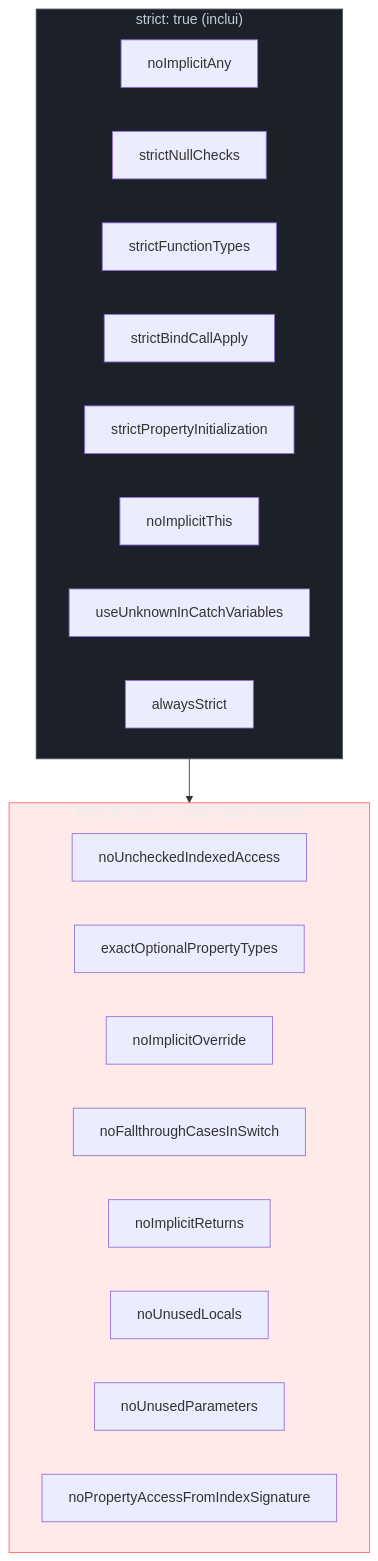
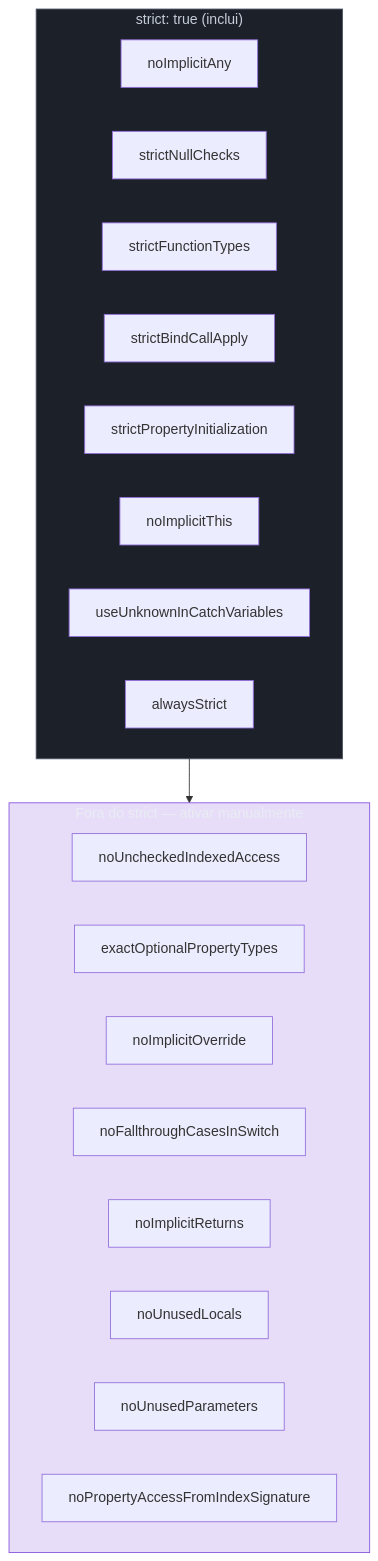
The third of 5 diagrams in 03-Dominios/Tecnologia/TypeScript/20 - tsconfig e strict mode a fundo.md (josenaldo/codex-technomanticus), drawn with Mermaid before and after one commit. The commit also changed other lines of this file and 601 other files, not shown here.

````diff
--- a/03-Dominios/Tecnologia/TypeScript/20 - tsconfig e strict mode a fundo.md
+++ b/03-Dominios/Tecnologia/TypeScript/20 - tsconfig e strict mode a fundo.md
@@ -242,31 +242,31 @@
 ```mermaid
 flowchart TD
+    classDef marca fill:#8855DF33,stroke:#8855DF,color:#E9ECF2
     classDef neutro fill:#1B2029,stroke:#4E5666,color:#C6CCD8
-    classDef falha fill:#FF6B6B24,stroke:#FF6B6B,color:#E9ECF2
     subgraph STRICT["strict: true (inclui)"]
         S1[noImplicitAny]
         S2[strictNullChecks]
         S3[strictFunctionTypes]
         S4[strictBindCallApply]
         S5[strictPropertyInitialization]
         S6[noImplicitThis]
         S7[useUnknownInCatchVariables]
         S8[alwaysStrict]
     end
 
     subgraph EXTRA["Fora do strict — ativar manualmente"]
         E1[noUncheckedIndexedAccess]
         E2[exactOptionalPropertyTypes]
         E3[noImplicitOverride]
         E4[noFallthroughCasesInSwitch]
         E5[noImplicitReturns]
         E6[noUnusedLocals]
         E7[noUnusedParameters]
         E8[noPropertyAccessFromIndexSignature]
     end
 
     STRICT --> EXTRA
 
     class STRICT neutro
-    class EXTRA falha
+    class EXTRA marca
 ```
````
